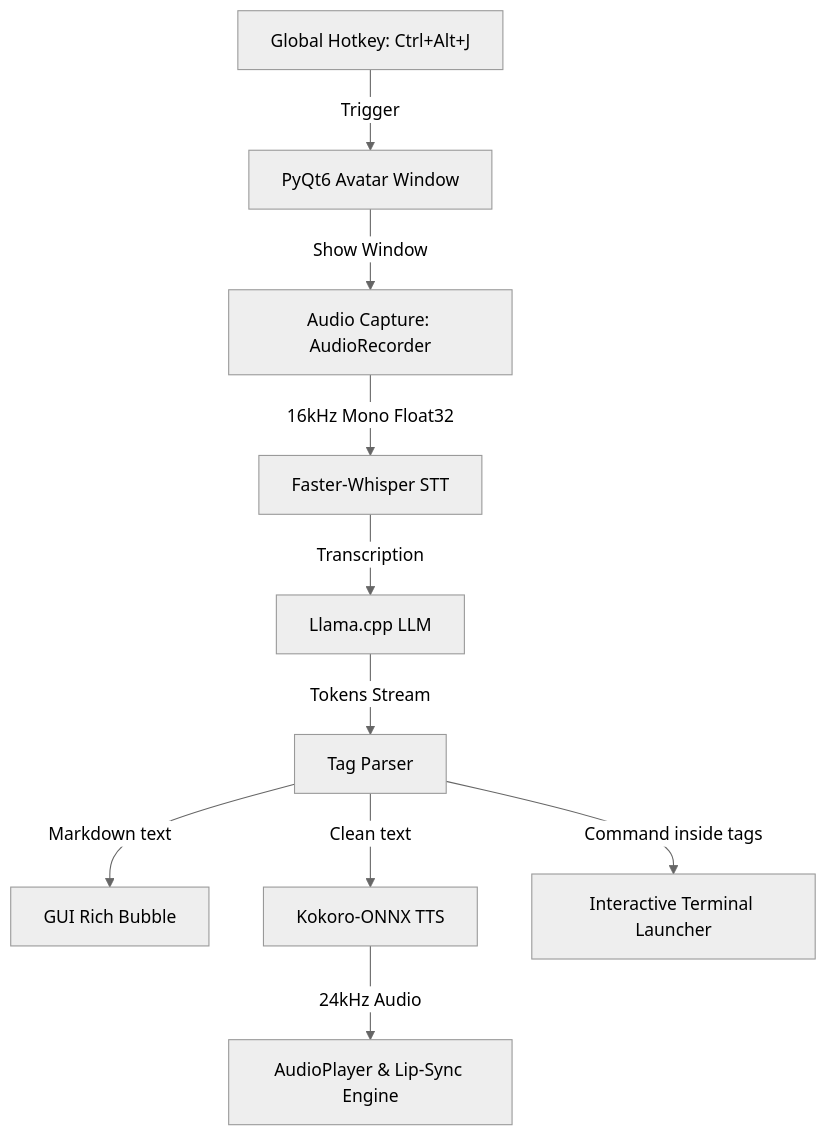
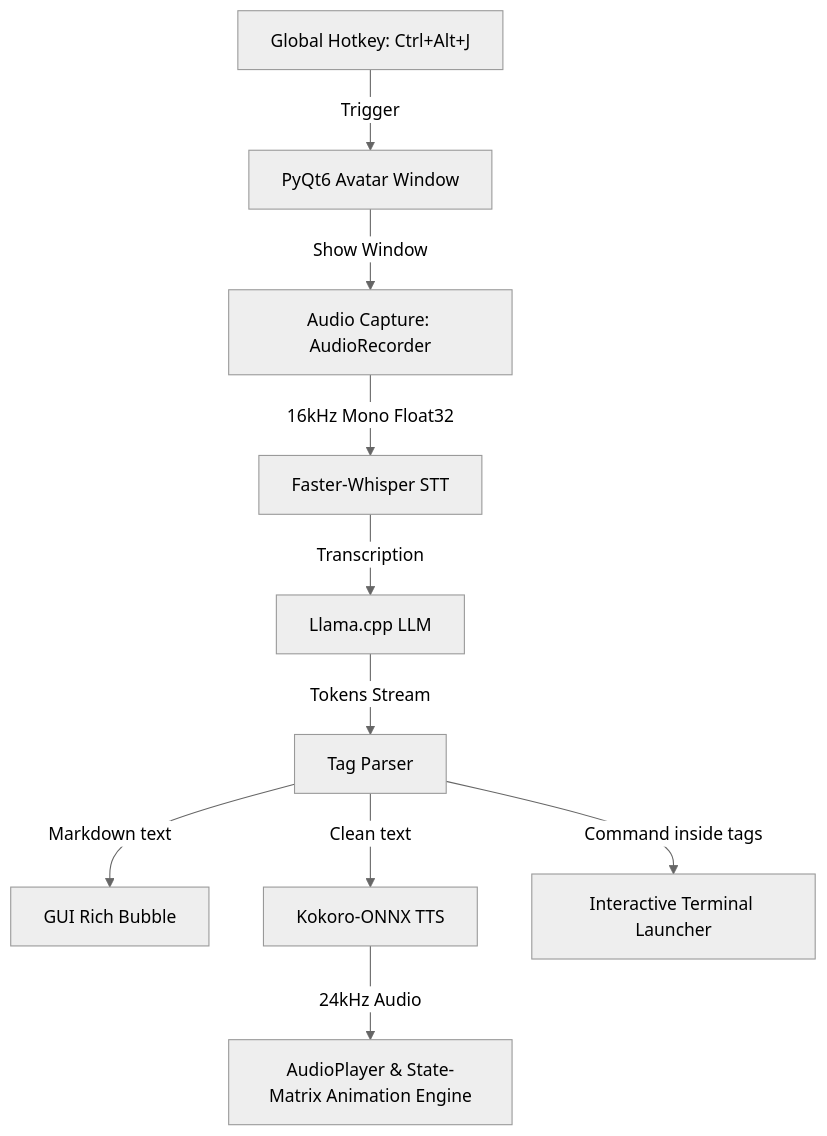
The diagram in README.md (maximofraisinet/Llama-assistant), drawn with Mermaid (neutral theme) before and after one commit. The commit also changed other lines of this file and 3 other files, not shown here.

````diff
--- a/README.md
+++ b/README.md
@@ -27,12 +29,12 @@
 ```mermaid
 graph TD
     A[Global Hotkey: Ctrl+Alt+J] -->|Trigger| B[PyQt6 Avatar Window]
     B -->|Show Window| C[Audio Capture: AudioRecorder]
     C -->|16kHz Mono Float32| D[Faster-Whisper STT]
     D -->|Transcription| E[Llama.cpp LLM]
     E -->|Tokens Stream| F[Tag Parser]
     F -->|Markdown text| G[GUI Rich Bubble]
     F -->|Clean text| H[Kokoro-ONNX TTS]
     F -->|Command inside tags| I[Interactive Terminal Launcher]
-    H -->|24kHz Audio| J[AudioPlayer & Lip-Sync Engine]
+    H -->|24kHz Audio| J[AudioPlayer & State-Matrix Animation Engine]
 ```
````
